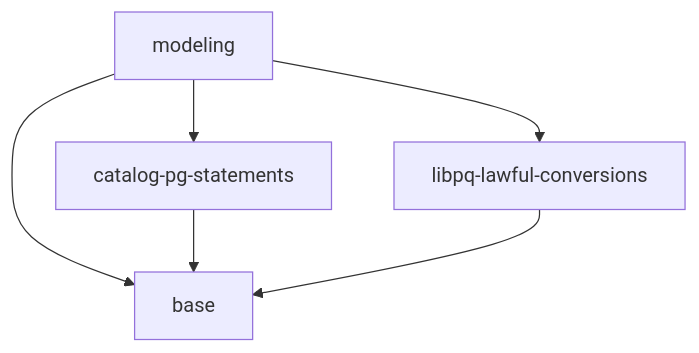
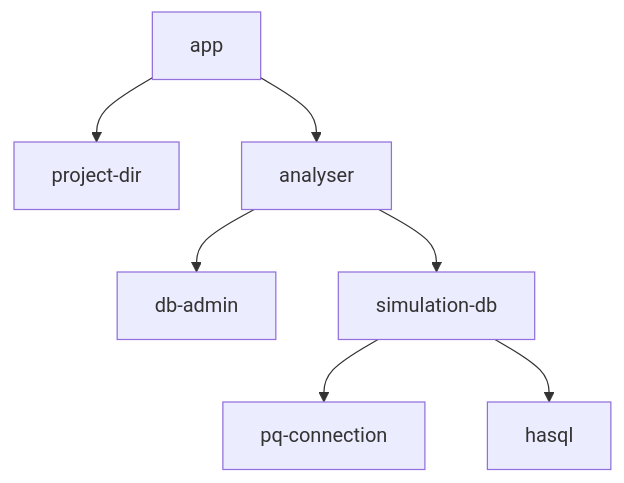
Before and after one commit to pgenie-io/pgenie: the diagram in design/README.md, drawn with Mermaid. The commit also changed other lines of this file and 9 other files, not shown here.

````diff
--- a/design/README.md
+++ b/design/README.md
@@ -4,10 +52,13 @@
 ```mermaid
+
 graph TD
 
-modeling --> catalog-pg-statements
-modeling --> libpq-lawful-conversions
+app --> project-dir
 
-modeling --> base
-catalog-pg-statements --> base
-libpq-lawful-conversions --> base
+app --> analyser
+analyser --> db-admin
+analyser --> simulation-db
+simulation-db --> pq-connection
+simulation-db --> hasql
+
 ```
````
